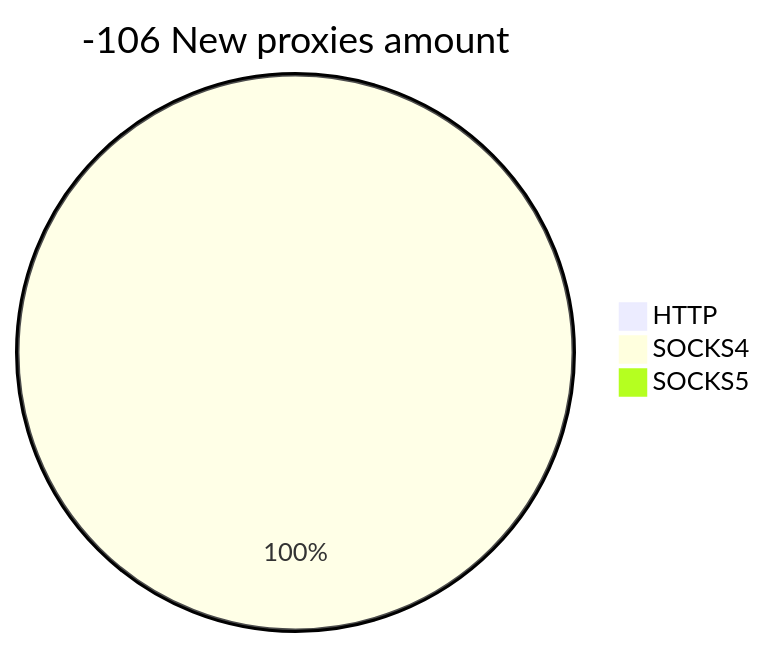
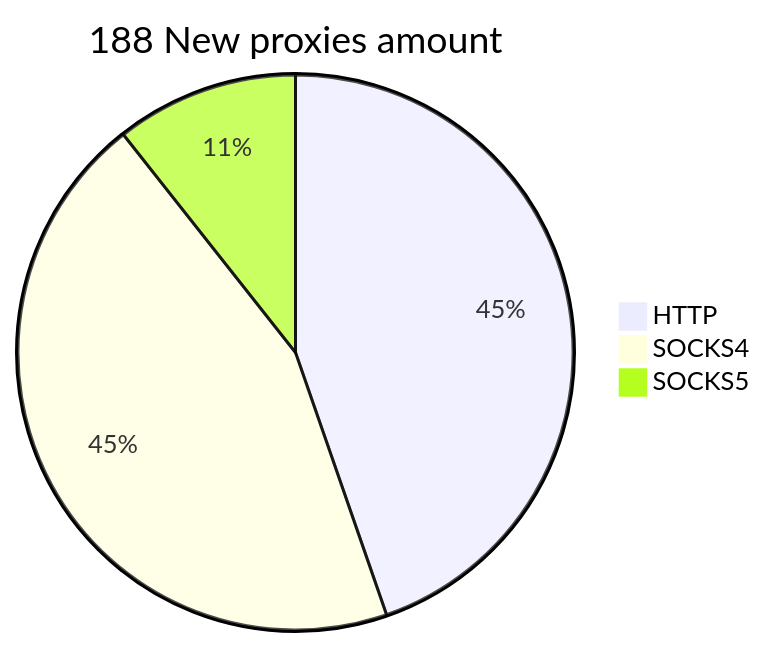
Before and after one commit to cutipu/proxylist: the second of 2 diagrams in README.md, drawn with Mermaid. The commit also changed other lines of this file, not shown here.

````diff
--- a/README.md
+++ b/README.md
@@ -10,6 +10,6 @@
 ```mermaid
-pie title -106 New proxies amount
-    "HTTP" : 0
-    "SOCKS4" : 15
-    "SOCKS5" : 0
+pie title 188 New proxies amount
+    "HTTP" : 84
+    "SOCKS4" : 84
+    "SOCKS5" : 20
 ```
````
